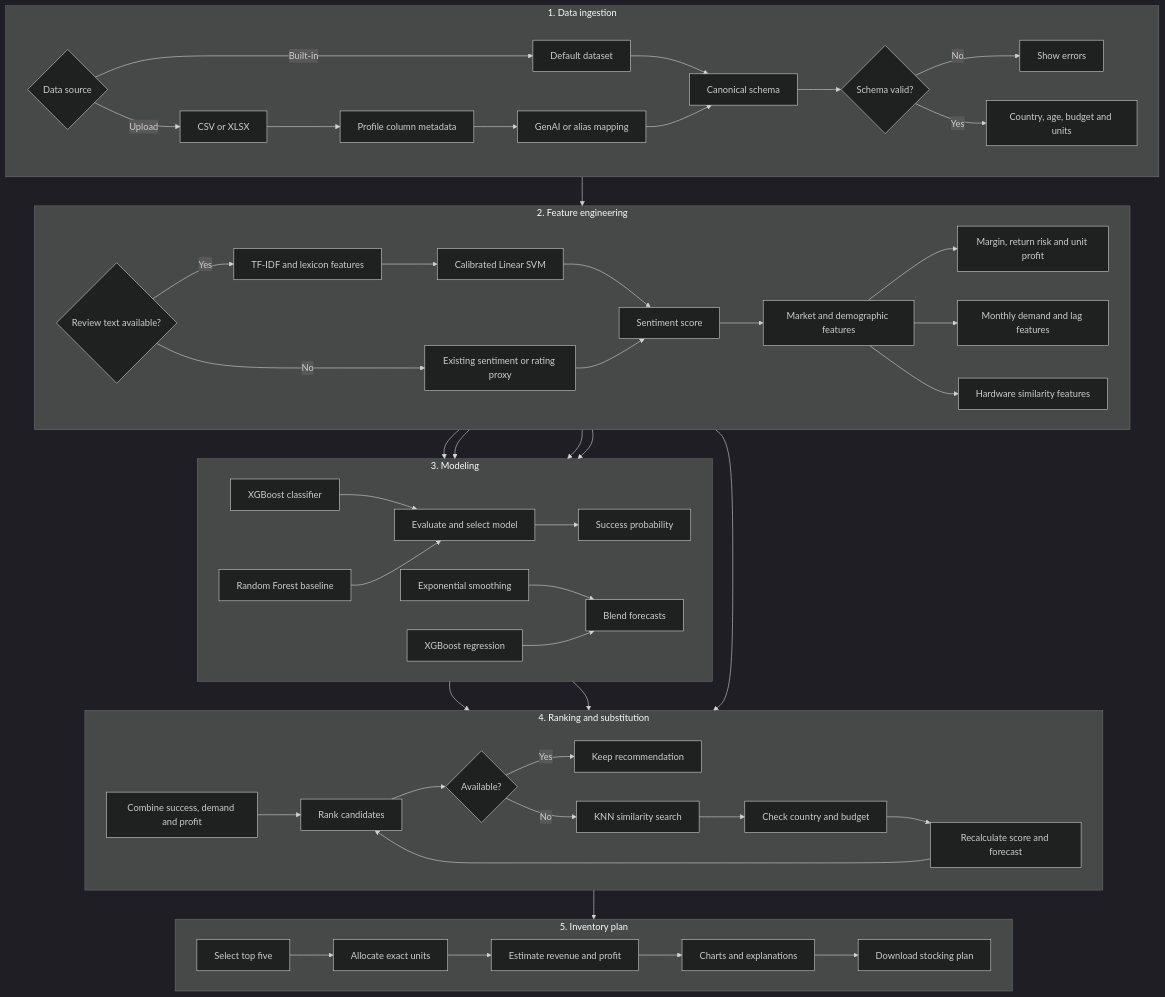
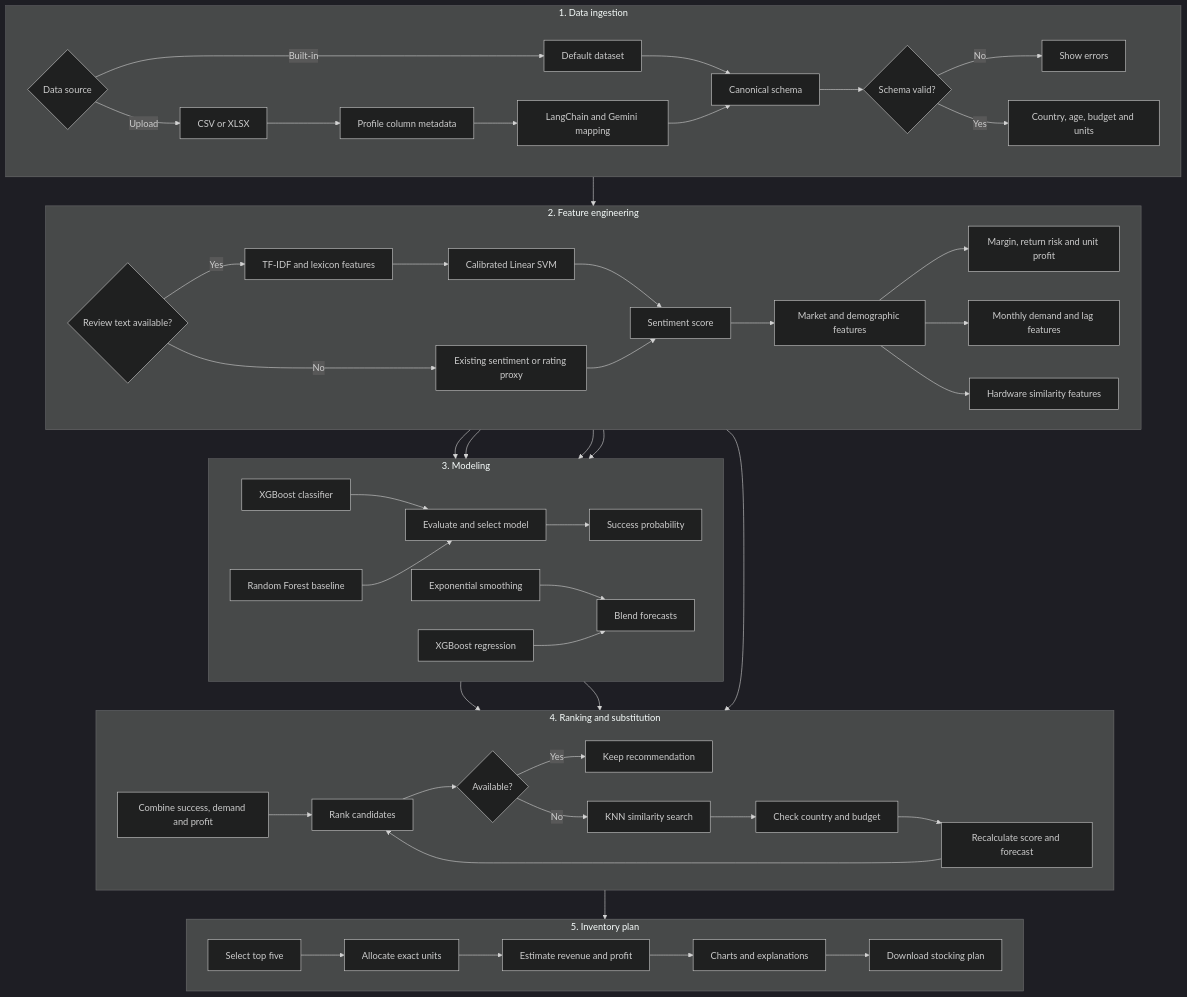
One commit to sameerkumar01/ML_restocking_tool changed the diagram in README.md. Above: the diagram before and after it, drawn with Mermaid (dark theme). The commit also changed other lines of this file and 3 other files, not shown here.

````diff
--- a/README.md
+++ b/README.md
@@ -24,67 +24,67 @@
 ```mermaid
 flowchart TB
     subgraph INPUT["1. Data ingestion"]
         direction LR
         A{Data source} -->|Built-in| B[Default dataset]
         A -->|Upload| C[CSV or XLSX]
         C --> D[Profile column metadata]
-        D --> E[GenAI or alias mapping]
+        D --> E[LangChain and Gemini mapping]
         B --> F[Canonical schema]
         E --> F
         F --> G{Schema valid?}
         G -->|No| H[Show errors]
         G -->|Yes| I[Country, age, budget and units]
     end
 
     subgraph FEATURES["2. Feature engineering"]
         direction LR
         J{Review text available?}
         J -->|Yes| K[TF-IDF and lexicon features]
         K --> L[Calibrated Linear SVM]
         J -->|No| M[Existing sentiment or rating proxy]
         L --> N[Sentiment score]
         M --> N
         N --> O[Market and demographic features]
         O --> P[Margin, return risk and unit profit]
         O --> Q[Monthly demand and lag features]
         O --> R[Hardware similarity features]
     end
 
     subgraph MODELS["3. Modeling"]
         direction LR
         P --> S[XGBoost classifier]
         P --> T[Random Forest baseline]
         S --> U[Evaluate and select model]
         T --> U
         U --> V[Success probability]
         Q --> W[Exponential smoothing]
         Q --> X[XGBoost regression]
         W --> Y[Blend forecasts]
         X --> Y
     end
 
     subgraph SUBSTITUTE["4. Ranking and substitution"]
         direction LR
         V --> Z[Combine success, demand and profit]
         Y --> Z
         Z --> AA[Rank candidates]
         AA --> AB{Available?}
         AB -->|Yes| AC[Keep recommendation]
         AB -->|No| AD[KNN similarity search]
         R --> AD
         AD --> AE[Check country and budget]
         AE --> AF[Recalculate score and forecast]
         AF --> AA
     end
 
     subgraph OUTPUT["5. Inventory plan"]
         direction LR
         AG[Select top five] --> AH[Allocate exact units]
         AH --> AI[Estimate revenue and profit]
         AI --> AJ[Charts and explanations]
         AJ --> AK[Download stocking plan]
     end
 
     I --> J
     AC --> AG
 ```
````
